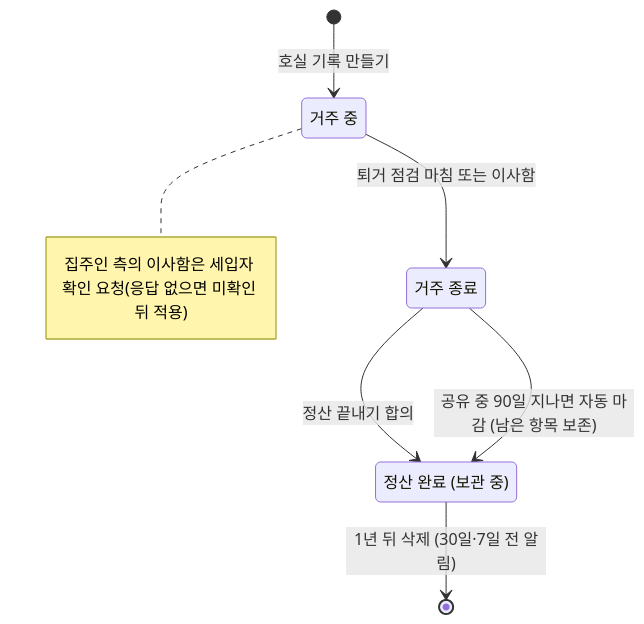
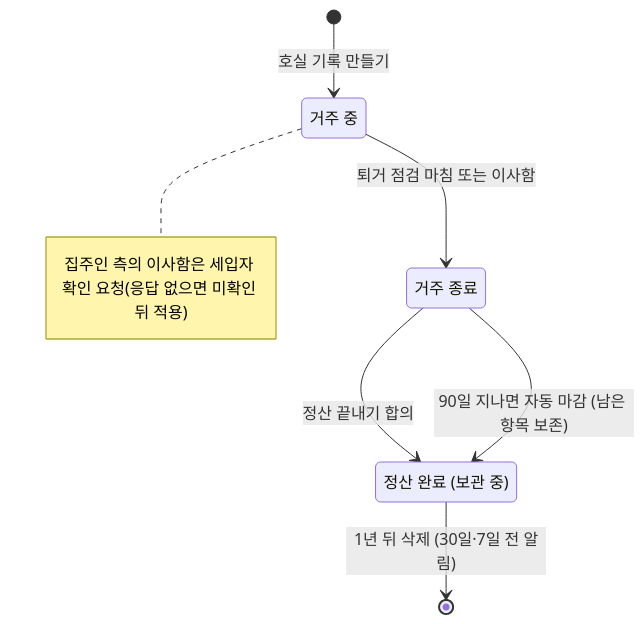
Before and after one commit to prgrms-be-devcourse/NBE12-14-final-homestamp: the third of 14 diagrams in docs/rules/03-상태와-규칙.md, drawn with Mermaid. The commit also changed other lines of this file and 4 other files, not shown here.

````diff
--- a/docs/rules/03-상태와-규칙.md
+++ b/docs/rules/03-상태와-규칙.md
@@ -179,12 +179,12 @@
 ```mermaid
 stateDiagram-v2
     state "거주 중" as Living
     state "거주 종료" as Ended
     state "정산 완료 (보관 중)" as Settled
     [*] --> Living : 호실 기록 만들기
     Living --> Ended : 퇴거 점검 마침 또는 이사함
     Ended --> Settled : 정산 끝내기 합의
-    Ended --> Settled : 공유 중 90일 지나면 자동 마감 (남은 항목 보존)
+    Ended --> Settled : 90일 지나면 자동 마감 (남은 항목 보존)
     Settled --> [*] : 1년 뒤 삭제 (30일·7일 전 알림)
     note right of Living : 집주인 측의 이사함은 세입자 확인 요청(응답 없으면 미확인 뒤 적용)
 ```
````
